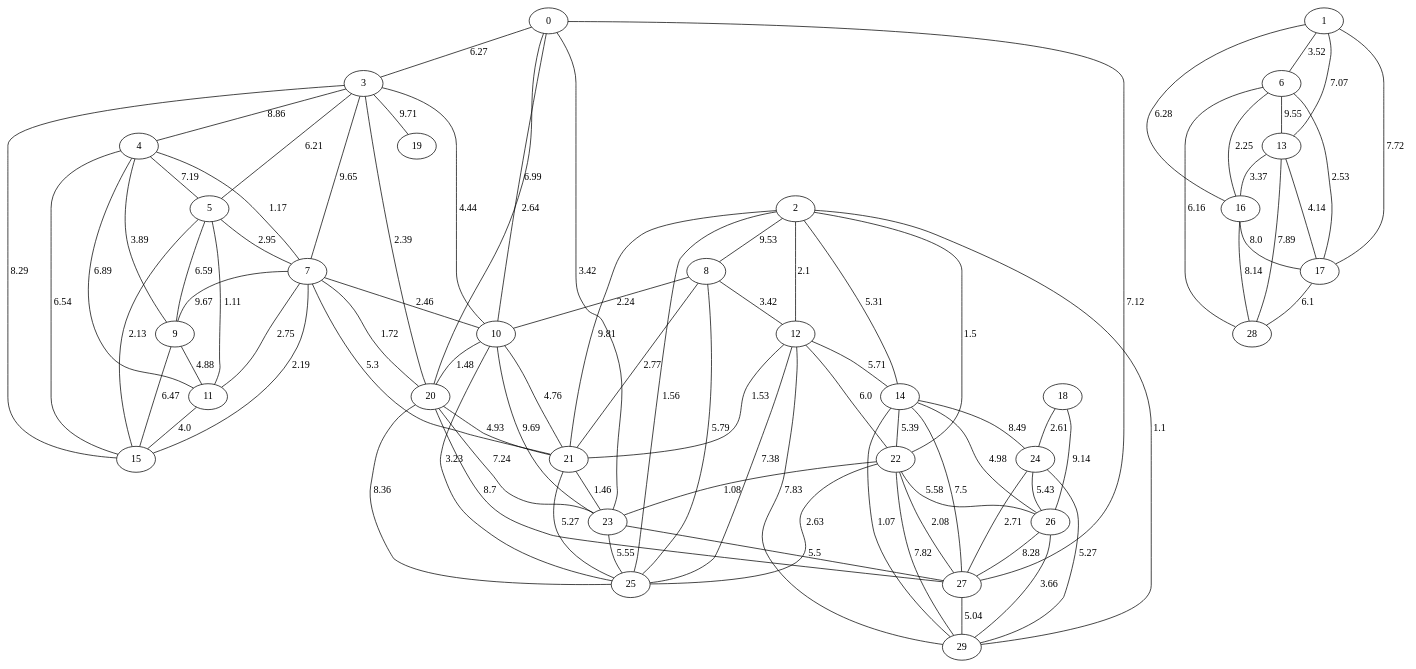
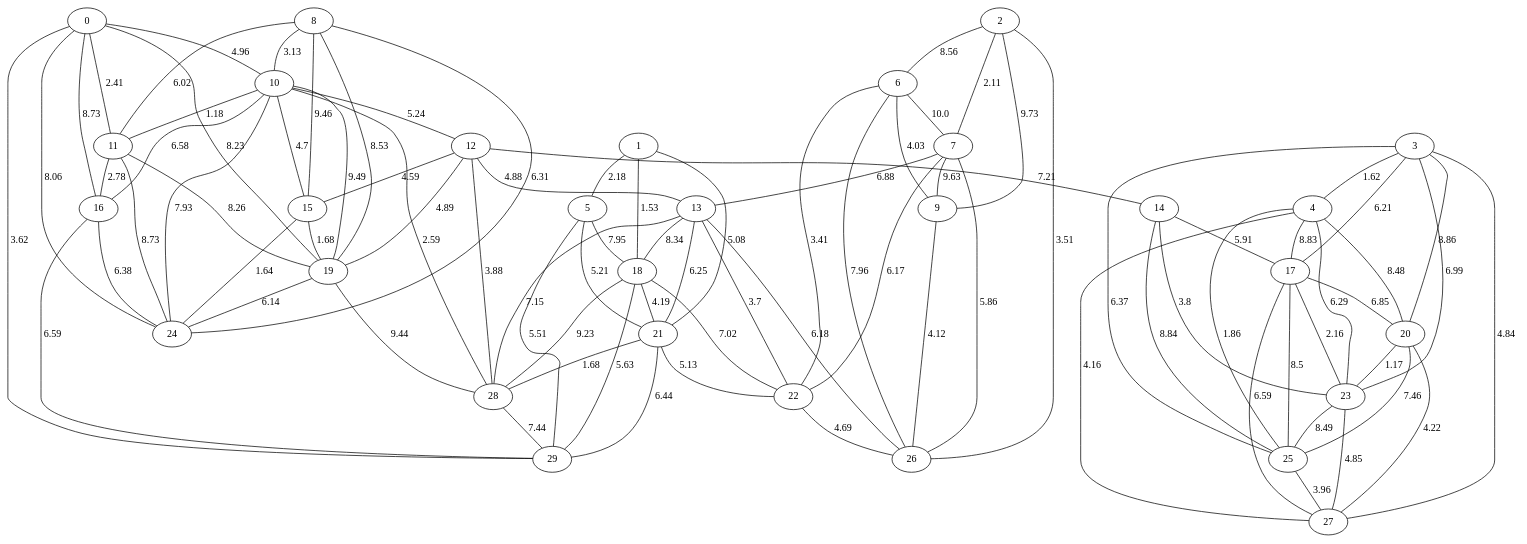
The diagram in Proyecto 4/Grafos Generados/grafo_Geográfico_30_no dirigido.gv (amorac4/DAA24), drawn with Graphviz before and after one commit. The commit also changed 65 other files, not shown here.

```diff
--- a/Proyecto 4/Grafos Generados/grafo_Geográfico_30_no dirigido.gv
+++ b/Proyecto 4/Grafos Generados/grafo_Geográfico_30_no dirigido.gv
@@ -1,122 +1,121 @@
 graph G {
 "0";
 "1";
 "2";
 "3";
 "4";
 "5";
 "6";
 "7";
 "8";
 "9";
 "10";
 "11";
 "12";
 "13";
 "14";
 "15";
 "16";
 "17";
 "18";
 "19";
 "20";
 "21";
 "22";
 "23";
 "24";
 "25";
 "26";
 "27";
 "28";
 "29";
-    "20" -- "25"[label="8.36", len="8.36"];
-    "0" -- "20"[label="2.64", len="2.64"];
-    "6" -- "28"[label="6.16", len="6.16"];
-    "1" -- "17"[label="7.72", len="7.72"];
-    "16" -- "28"[label="8.14", len="8.14"];
-    "13" -- "17"[label="4.14", len="4.14"];
-    "2" -- "22"[label="1.5", len="1.5"];
-    "1" -- "6"[label="3.52", len="3.52"];
-    "0" -- "10"[label="6.99", len="6.99"];
-    "3" -- "7"[label="9.65", len="9.65"];
-    "24" -- "27"[label="2.71", len="2.71"];
-    "23" -- "25"[label="5.55", len="5.55"];
-    "5" -- "11"[label="1.11", len="1.11"];
-    "4" -- "5"[label="7.19", len="7.19"];
-    "8" -- "21"[label="2.77", len="2.77"];
-    "14" -- "24"[label="8.49", len="8.49"];
-    "10" -- "23"[label="9.69", len="9.69"];
-    "12" -- "22"[label="6.0", len="6.0"];
-    "22" -- "25"[label="2.63", len="2.63"];
-    "8" -- "12"[label="3.42", len="3.42"];
-    "4" -- "15"[label="6.54", len="6.54"];
-    "6" -- "13"[label="9.55", len="9.55"];
-    "11" -- "15"[label="4.0", len="4.0"];
-    "6" -- "16"[label="2.25", len="2.25"];
-    "0" -- "27"[label="7.12", len="7.12"];
-    "7" -- "21"[label="5.3", len="5.3"];
-    "22" -- "23"[label="1.08", len="1.08"];
-    "22" -- "26"[label="5.58", len="5.58"];
-    "18" -- "26"[label="9.14", len="9.14"];
-    "2" -- "12"[label="2.1", len="2.1"];
-    "14" -- "22"[label="5.39", len="5.39"];
-    "7" -- "15"[label="2.19", len="2.19"];
-    "20" -- "21"[label="4.93", len="4.93"];
-    "1" -- "16"[label="6.28", len="6.28"];
-    "26" -- "29"[label="3.66", len="3.66"];
-    "13" -- "16"[label="3.37", len="3.37"];
-    "8" -- "25"[label="5.79", len="5.79"];
-    "22" -- "29"[label="7.82", len="7.82"];
-    "12" -- "29"[label="7.83", len="7.83"];
-    "4" -- "11"[label="6.89", len="6.89"];
-    "3" -- "5"[label="6.21", len="6.21"];
-    "5" -- "7"[label="2.95", len="2.95"];
-    "10" -- "25"[label="3.23", len="3.23"];
-    "10" -- "20"[label="1.48", len="1.48"];
-    "3" -- "15"[label="8.29", len="8.29"];
-    "2" -- "29"[label="1.1", len="1.1"];
-    "2" -- "8"[label="9.53", len="9.53"];
-    "14" -- "26"[label="4.98", len="4.98"];
-    "7" -- "11"[label="2.75", len="2.75"];
-    "6" -- "17"[label="2.53", len="2.53"];
-    "7" -- "20"[label="1.72", len="1.72"];
-    "16" -- "17"[label="8.0", len="8.0"];
-    "17" -- "28"[label="6.1", len="6.1"];
-    "22" -- "27"[label="2.08", len="2.08"];
-    "3" -- "10"[label="4.44", len="4.44"];
-    "8" -- "10"[label="2.24", len="2.24"];
-    "9" -- "11"[label="4.88", len="4.88"];
-    "20" -- "27"[label="8.7", len="8.7"];
-    "12" -- "14"[label="5.71", len="5.71"];
-    "21" -- "23"[label="1.46", len="1.46"];
-    "12" -- "25"[label="7.38", len="7.38"];
-    "13" -- "28"[label="7.89", len="7.89"];
-    "2" -- "14"[label="5.31", len="5.31"];
-    "14" -- "29"[label="1.07", len="1.07"];
-    "24" -- "29"[label="5.27", len="5.27"];
-    "2" -- "25"[label="1.56", len="1.56"];
-    "23" -- "27"[label="5.5", len="5.5"];
-    "3" -- "4"[label="8.86", len="8.86"];
-    "5" -- "9"[label="6.59", len="6.59"];
-    "4" -- "7"[label="1.17", len="1.17"];
-    "24" -- "26"[label="5.43", len="5.43"];
-    "10" -- "21"[label="4.76", len="4.76"];
-    "0" -- "3"[label="6.27", len="6.27"];
-    "27" -- "29"[label="5.04", len="5.04"];
-    "4" -- "9"[label="3.89", len="3.89"];
-    "9" -- "15"[label="6.47", len="6.47"];
-    "3" -- "20"[label="2.39", len="2.39"];
-    "14" -- "27"[label="7.5", len="7.5"];
-    "7" -- "10"[label="2.46", len="2.46"];
-    "12" -- "21"[label="1.53", len="1.53"];
-    "1" -- "13"[label="7.07", len="7.07"];
-    "18" -- "24"[label="2.61", len="2.61"];
-    "5" -- "15"[label="2.13", len="2.13"];
-    "3" -- "19"[label="9.71", len="9.71"];
-    "0" -- "23"[label="3.42", len="3.42"];
-    "7" -- "9"[label="9.67", len="9.67"];
-    "21" -- "25"[label="5.27", len="5.27"];
-    "20" -- "23"[label="7.24", len="7.24"];
-    "26" -- "27"[label="8.28", len="8.28"];
-    "2" -- "21"[label="9.81", len="9.81"];
+    "9" -- "26"[label="4.12", len="4.12"];
+    "6" -- "9"[label="4.03", len="4.03"];
+    "14" -- "17"[label="5.91", len="5.91"];
+    "20" -- "25"[label="7.46", len="7.46"];
+    "21" -- "28"[label="1.68", len="1.68"];
+    "17" -- "20"[label="6.85", len="6.85"];
+    "0" -- "10"[label="4.96", len="4.96"];
+    "17" -- "25"[label="8.5", len="8.5"];
+    "8" -- "24"[label="6.31", len="6.31"];
+    "6" -- "7"[label="10.0", len="10.0"];
+    "5" -- "18"[label="7.95", len="7.95"];
+    "17" -- "23"[label="2.16", len="2.16"];
+    "12" -- "28"[label="3.88", len="3.88"];
+    "8" -- "15"[label="9.46", len="9.46"];
+    "23" -- "25"[label="8.49", len="8.49"];
+    "2" -- "6"[label="8.56", len="8.56"];
+    "3" -- "23"[label="6.99", len="6.99"];
+    "19" -- "24"[label="6.14", len="6.14"];
+    "10" -- "24"[label="7.93", len="7.93"];
+    "5" -- "21"[label="5.21", len="5.21"];
+    "7" -- "22"[label="6.17", len="6.17"];
+    "6" -- "26"[label="7.96", len="7.96"];
+    "11" -- "16"[label="2.78", len="2.78"];
+    "1" -- "21"[label="5.08", len="5.08"];
+    "22" -- "26"[label="4.69", len="4.69"];
+    "13" -- "26"[label="6.18", len="6.18"];
+    "3" -- "17"[label="6.21", len="6.21"];
+    "12" -- "13"[label="4.88", len="4.88"];
+    "0" -- "24"[label="8.06", len="8.06"];
+    "16" -- "29"[label="6.59", len="6.59"];
+    "1" -- "5"[label="2.18", len="2.18"];
+    "0" -- "11"[label="2.41", len="2.41"];
+    "3" -- "27"[label="4.84", len="4.84"];
+    "19" -- "28"[label="9.44", len="9.44"];
+    "10" -- "19"[label="9.49", len="9.49"];
+    "18" -- "21"[label="4.19", len="4.19"];
+    "17" -- "27"[label="6.59", len="6.59"];
+    "2" -- "7"[label="2.11", len="2.11"];
+    "14" -- "25"[label="8.84", len="8.84"];
+    "4" -- "17"[label="8.83", len="8.83"];
+    "13" -- "22"[label="3.7", len="3.7"];
+    "18" -- "22"[label="7.02", len="7.02"];
+    "28" -- "29"[label="7.44", len="7.44"];
+    "4" -- "27"[label="4.16", len="4.16"];
+    "10" -- "15"[label="4.7", len="4.7"];
+    "8" -- "19"[label="8.53", len="8.53"];
+    "15" -- "19"[label="1.68", len="1.68"];
+    "11" -- "19"[label="8.26", len="8.26"];
+    "8" -- "10"[label="3.13", len="3.13"];
+    "14" -- "23"[label="3.8", len="3.8"];
+    "5" -- "29"[label="5.51", len="5.51"];
+    "20" -- "27"[label="4.22", len="4.22"];
+    "12" -- "14"[label="7.21", len="7.21"];
+    "13" -- "28"[label="7.15", len="7.15"];
+    "18" -- "28"[label="9.23", len="9.23"];
+    "15" -- "24"[label="1.64", len="1.64"];
+    "10" -- "16"[label="6.58", len="6.58"];
+    "0" -- "19"[label="8.23", len="8.23"];
+    "7" -- "13"[label="6.88", len="6.88"];
+    "21" -- "29"[label="6.44", len="6.44"];
+    "12" -- "19"[label="4.89", len="4.89"];
+    "1" -- "18"[label="1.53", len="1.53"];
+    "13" -- "18"[label="8.34", len="8.34"];
+    "23" -- "27"[label="4.85", len="4.85"];
+    "3" -- "4"[label="1.62", len="1.62"];
+    "3" -- "25"[label="6.37", len="6.37"];
+    "10" -- "11"[label="1.18", len="1.18"];
+    "0" -- "16"[label="8.73", len="8.73"];
+    "25" -- "27"[label="3.96", len="3.96"];
+    "11" -- "24"[label="8.73", len="8.73"];
+    "16" -- "24"[label="6.38", len="6.38"];
+    "13" -- "21"[label="6.25", len="6.25"];
+    "2" -- "26"[label="3.51", len="3.51"];
+    "2" -- "9"[label="9.73", len="9.73"];
+    "3" -- "20"[label="8.86", len="8.86"];
+    "10" -- "12"[label="5.24", len="5.24"];
+    "4" -- "23"[label="6.29", len="6.29"];
+    "6" -- "22"[label="3.41", len="3.41"];
+    "0" -- "29"[label="3.62", len="3.62"];
+    "8" -- "11"[label="6.02", len="6.02"];
+    "4" -- "25"[label="1.86", len="1.86"];
+    "4" -- "20"[label="8.48", len="8.48"];
+    "10" -- "28"[label="2.59", len="2.59"];
+    "7" -- "9"[label="9.63", len="9.63"];
+    "12" -- "15"[label="4.59", len="4.59"];
+    "20" -- "23"[label="1.17", len="1.17"];
+    "7" -- "26"[label="5.86", len="5.86"];
+    "21" -- "22"[label="5.13", len="5.13"];
+    "18" -- "29"[label="5.63", len="5.63"];
 }
```
